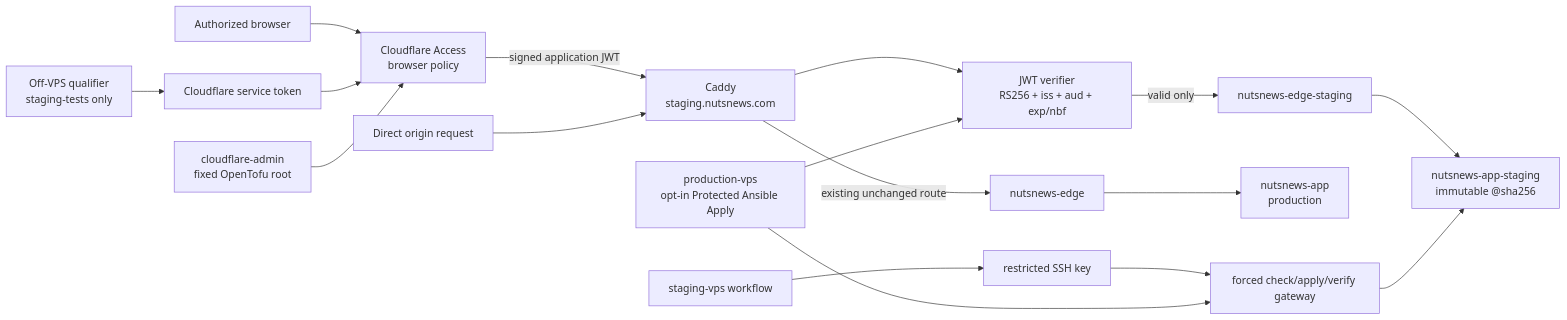
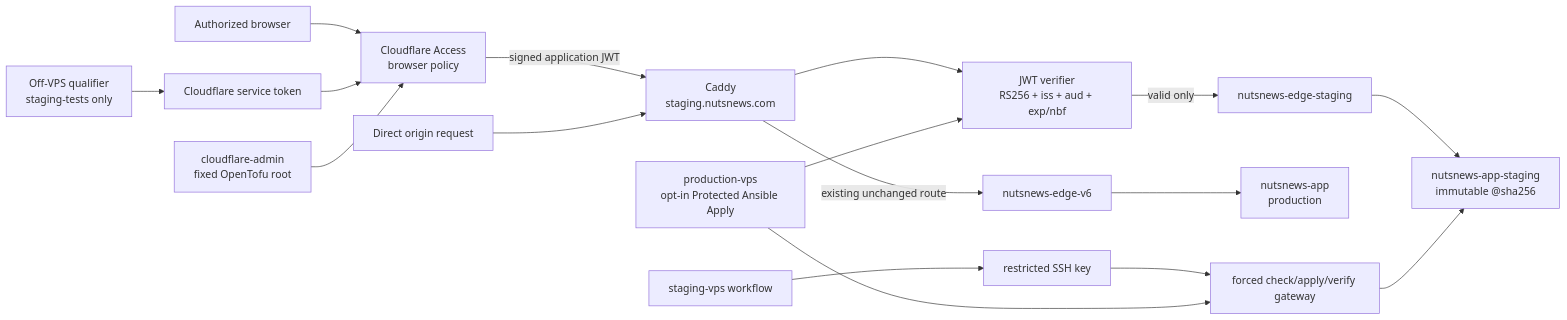
One commit to ramideltoro/nutsnews-docs changed the first of 3 diagrams in NUTSNEWS_VPS_STAGING_ACCESS_BOUNDARY.md. Above: the diagram before and after it, drawn with Mermaid. The commit also changed other lines of this file and 2 other files, not shown here.

````diff
--- a/NUTSNEWS_VPS_STAGING_ACCESS_BOUNDARY.md
+++ b/NUTSNEWS_VPS_STAGING_ACCESS_BOUNDARY.md
@@ -51,20 +51,20 @@
 ```mermaid
 flowchart LR
   Browser["Authorized browser"] --> Access["Cloudflare Access\nbrowser policy"]
   Qualifier["Off-VPS qualifier\nstaging-tests only"] --> Token["Cloudflare service token"]
   Token --> Access
   Access -->|"signed application JWT"| Caddy["Caddy\nstaging.nutsnews.com"]
   Direct["Direct origin request"] --> Caddy
   Caddy --> Verify["JWT verifier\nRS256 + iss + aud + exp/nbf"]
   Verify -->|"valid only"| StageNet["nutsnews-edge-staging"]
   StageNet --> StageApp["nutsnews-app-staging\nimmutable @sha256"]
-  Caddy -->|"existing unchanged route"| ProdNet["nutsnews-edge"]
+  Caddy -->|"existing unchanged route"| ProdNet["nutsnews-edge-v6"]
   ProdNet --> ProdApp["nutsnews-app\nproduction"]
 
   Deploy["staging-vps workflow"] --> SSH["restricted SSH key"]
   SSH --> Forced["forced check/apply/verify gateway"]
   Forced --> StageApp
   CFAdmin["cloudflare-admin\nfixed OpenTofu root"] --> Access
   Protected["production-vps\nopt-in Protected Ansible Apply"] --> Verify
   Protected --> Forced
 ```
````
